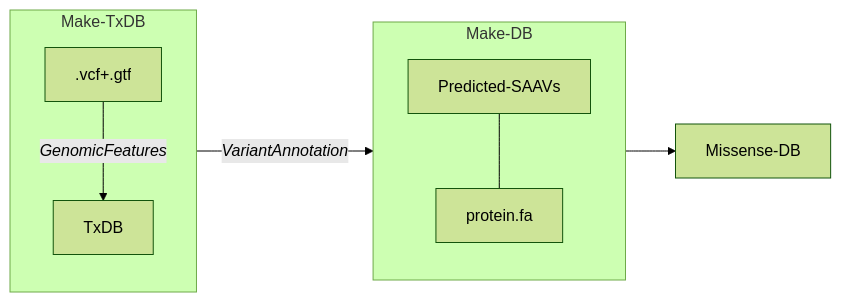
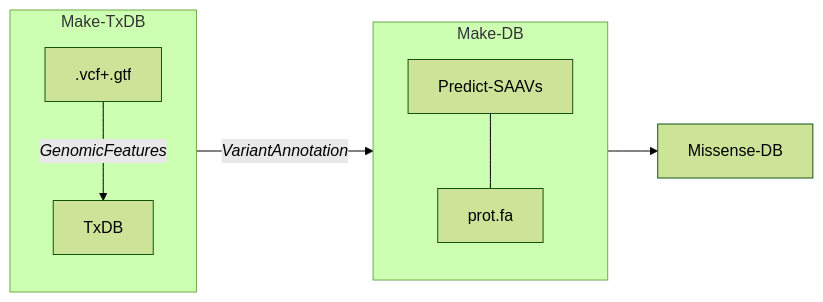
One commit to hdesai17/chemoproteogenomics changed the diagram in README.md. Above: the diagram before and after it, drawn with Mermaid (forest theme).

````diff
--- a/README.md
+++ b/README.md
@@ -21,14 +21,14 @@
 ```mermaid
 
 flowchart LR;
    subgraph Make-TxDB
       direction TB
       .vcf+.gtf-->|<i>GenomicFeatures<i>|TxDB
    end
-   TxDB-->|<i>VariantAnnotation<i>|Predicted-SAAVs
+   TxDB-->|<i>VariantAnnotation<i>|Predict-SAAVs
    subgraph Make-DB
       direction TB
-      Predicted-SAAVs---protein.fa
+      Predict-SAAVs---prot.fa
    end
    Make-DB-->Missense-DB;
 ```
````
